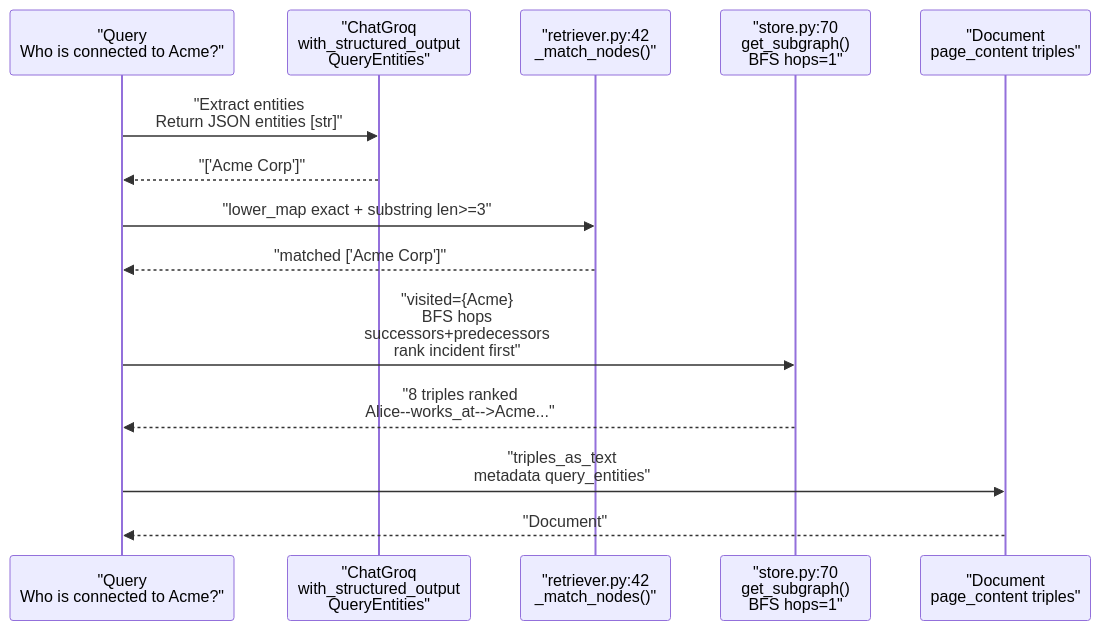
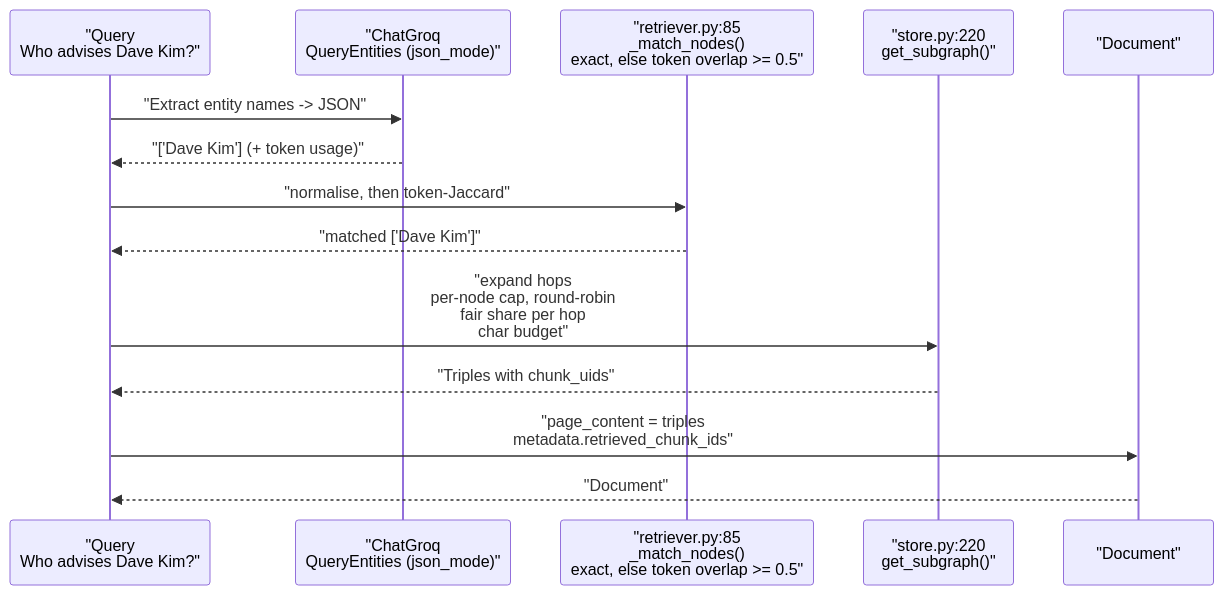
Before and after one commit to manishwvn/graph_rag: the fifth of 9 diagrams in LEARNINGS.md, drawn with Mermaid. The commit also changed other lines of this file and 30 other files, not shown here.

First line of the commit message:
feat: vector vs graph RAG comparison, with a corrected evaluation

````diff
--- a/LEARNINGS.md
+++ b/LEARNINGS.md
@@ -186,16 +201,16 @@
 ```mermaid
 sequenceDiagram
-  participant Q as "Query<br/>Who is connected to Acme?"
-  participant LLM as "ChatGroq<br/>with_structured_output<br/>QueryEntities"
-  participant M as "retriever.py:42<br/>_match_nodes()"
-  participant G as "store.py:70<br/>get_subgraph()<br/>BFS hops=1"
-  participant D as "Document<br/>page_content triples"
-  Q->>LLM: "Extract entities<br/>Return JSON entities [str]"
-  LLM-->>Q: "['Acme Corp']"
-  Q->>M: "lower_map exact + substring len>=3"
-  M-->>Q: "matched ['Acme Corp']"
-  Q->>G: "visited={Acme}<br/>BFS hops<br/>successors+predecessors<br/>rank incident first"
-  G-->>Q: "8 triples ranked<br/>Alice--works_at-->Acme..."
-  Q->>D: "triples_as_text<br/>metadata query_entities"
+  participant Q as "Query<br/>Who advises Dave Kim?"
+  participant LLM as "ChatGroq<br/>QueryEntities (json_mode)"
+  participant M as "retriever.py:85<br/>_match_nodes()<br/>exact, else token overlap >= 0.5"
+  participant G as "store.py:220<br/>get_subgraph()"
+  participant D as "Document"
+  Q->>LLM: "Extract entity names -> JSON"
+  LLM-->>Q: "['Dave Kim'] (+ token usage)"
+  Q->>M: "normalise, then token-Jaccard"
+  M-->>Q: "matched ['Dave Kim']"
+  Q->>G: "expand hops<br/>per-node cap, round-robin<br/>fair share per hop<br/>char budget"
+  G-->>Q: "Triples with chunk_uids"
+  Q->>D: "page_content = triples<br/>metadata.retrieved_chunk_ids"
   D-->>Q: "Document"
 ```
````
